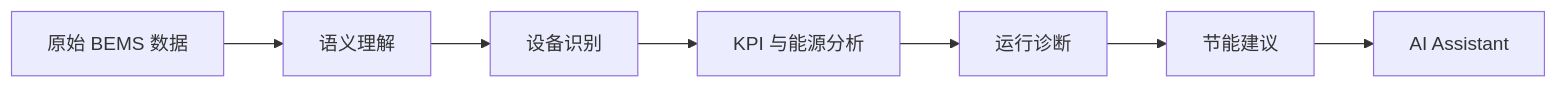
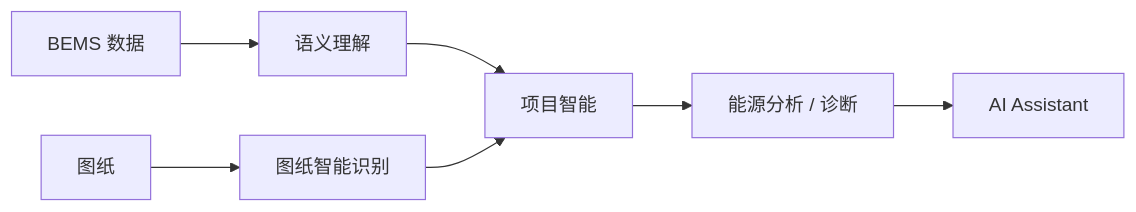
One commit to KaedeharaT/hvac-ai-analyzer changed the first of 3 diagrams in README_zh.md. Above: the diagram before and after it, drawn with Mermaid. The commit also changed other lines of this file and 5 other files, not shown here.

````diff
--- a/README_zh.md
+++ b/README_zh.md
@@ -29,9 +29,9 @@
 ```mermaid
 flowchart LR
-    A[原始 BEMS 数据] --> B[语义理解]
-    B --> C[设备识别]
-    C --> D[KPI 与能源分析]
-    D --> E[运行诊断]
-    E --> F[节能建议]
-    F --> G[AI Assistant]
+    A[BEMS 数据] --> B[语义理解]
+    B --> C[项目智能]
+    X[图纸] --> Y[图纸智能识别]
+    Y --> C
+    C --> D[能源分析 / 诊断]
+    D --> E[AI Assistant]
 ```
````
